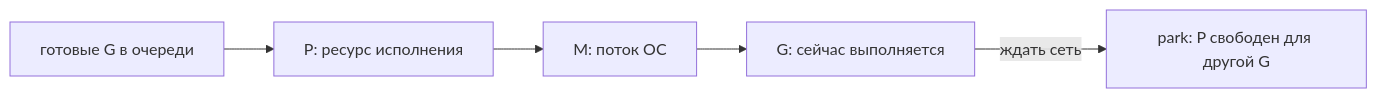
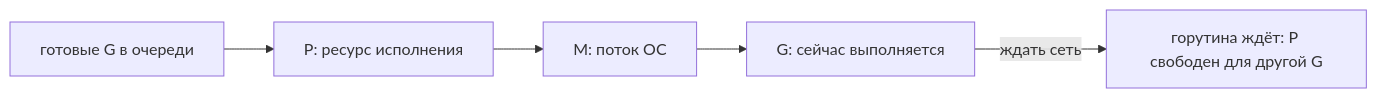
Before and after one commit to leary1337/vault: the second of 2 diagrams in docs/go/runtime/scheduler.md, drawn with Mermaid. The commit also changed other lines of this file and 325 other files, not shown here.

````diff
--- a/docs/go/runtime/scheduler.md
+++ b/docs/go/runtime/scheduler.md
@@ -83,7 +77,7 @@
 ```mermaid
 flowchart LR
     Q["готовые G в очереди"] --> P["P: ресурс исполнения"]
     P --> M["M: поток ОС"]
     M --> G["G: сейчас выполняется"]
-    G -->|"ждать сеть"| W["park: P свободен для другой G"]
+    G -->|"ждать сеть"| W["горутина ждёт: P свободен для другой G"]
 ```
````
